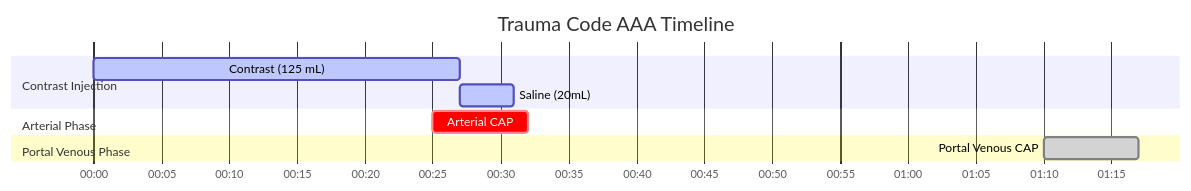
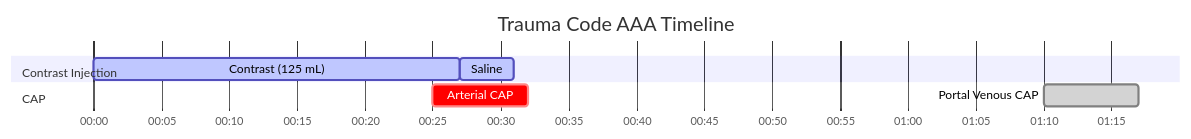
The diagram in docs/ct/trauma/trauma-code-aaa.md (dfergs93/radiology-protocols), drawn with Mermaid before and after one commit. The commit also changed other lines of this file and 101 other files, not shown here.

````diff
--- a/docs/ct/trauma/trauma-code-aaa.md
+++ b/docs/ct/trauma/trauma-code-aaa.md
@@ -85,18 +86,19 @@
   ```mermaid
   ---
+  displayMode: compact
   config:
     theme: default
+    themeCSS: " #Saline{ fill: #4ed5ff; stroke: #2094f3; } "
   ---
     gantt
       title Trauma Code AAA Timeline
       dateFormat mm:ss
       axisFormat %M:%S 
       
       section Contrast Injection
       Contrast (125 mL)    :active, contrast, 00:00, 27s
-      Saline (20mL)          :active, saline, after contrast, 4s
-      section Arterial Phase
+      Saline          :active, saline, after contrast, 4s
+      section CAP
       Arterial CAP    :crit, scan1, 00:25, 7s
-      section Portal Venous Phase
       Portal Venous CAP    :done, scan2, 01:10, 7s
   ```
````
